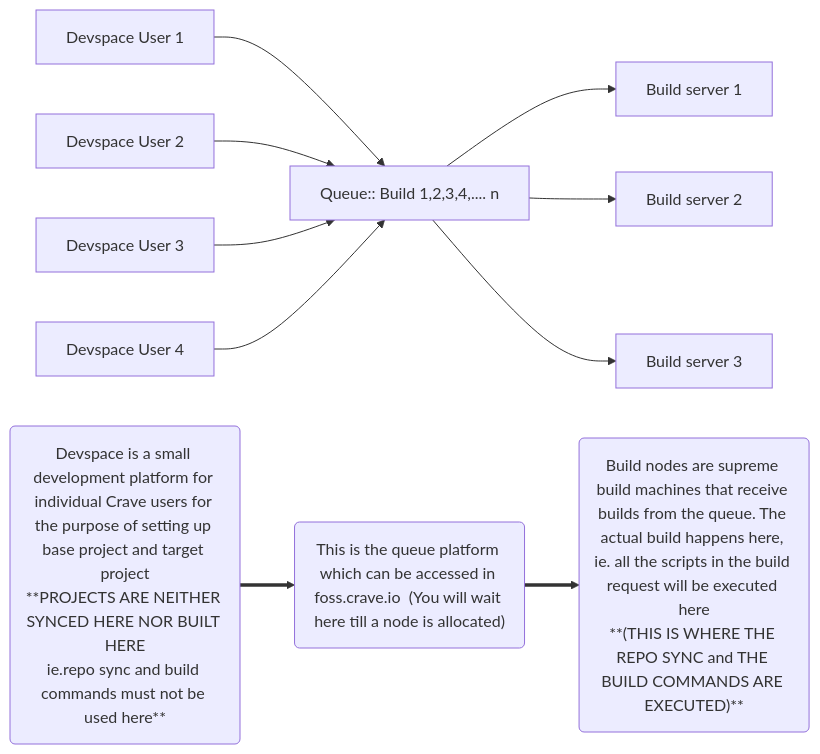
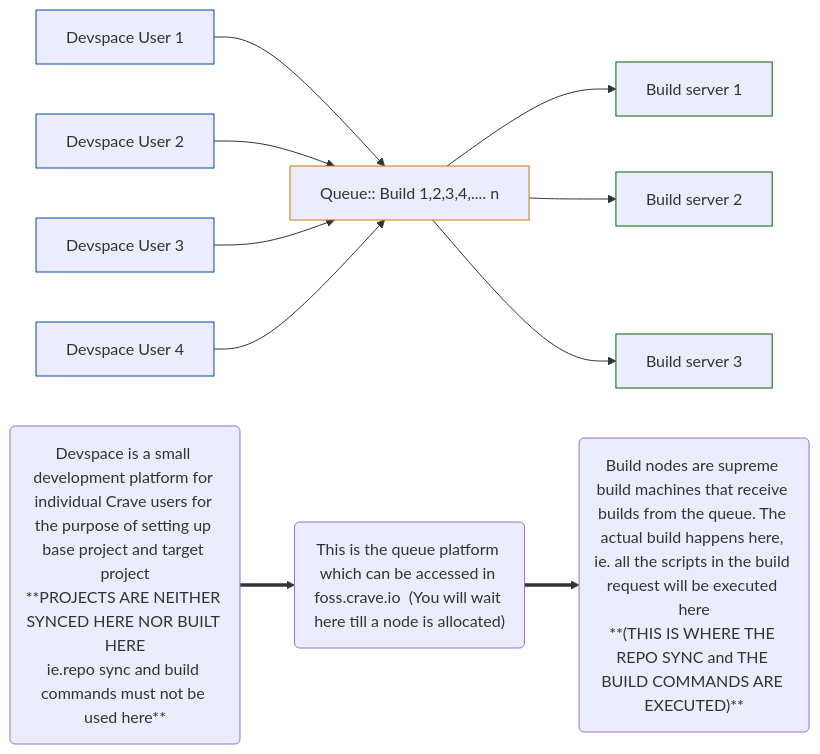
One commit to FOSSonTop/crave changed the diagram in getting-started/building-crave-run.md. Above: the diagram before and after it, drawn with Mermaid.

Commit message:
Crave Run: Improve colors for diagrams

````diff
--- a/getting-started/building-crave-run.md
+++ b/getting-started/building-crave-run.md
@@ -10,19 +10,31 @@
 ```mermaid
 graph LR
     A[Devspace User 1] --> M
     B[Devspace User 2] --> M
     C[Devspace User 3] --> M
     D[Devspace User 4] --> M
 
     M[Queue:: Build 1,2,3,4,.... n]
 
     M --> E[Build server 1]
     M --> F[Build server 2]
     M --> G[Build server 3]
 
+    style A stroke:#0047b3
+    style B stroke:#0047b3
+    style C stroke:#0047b3
+    style D stroke:#0047b3
+    
+    style M stroke:#cc7a00
+    
+    style E stroke:#006600
+    style F stroke:#006600
+    style G stroke:#006600
+
     P("Devspace is a small development platform for individual Crave users for the purpose of setting up base project and target project<br>**PROJECTS ARE NEITHER SYNCED HERE NOR BUILT HERE<br>ie.repo sync and build commands must not be used here**")
     Q("This is the queue platform which can be accessed in foss.crave.io  (You will wait here till a node is allocated)")
     R("Build nodes are supreme build machines that receive builds from the queue. The actual build happens here, ie. all the scripts in the build request will be executed here<br>**(THIS IS WHERE THE REPO SYNC and THE BUILD COMMANDS ARE EXECUTED)**")
 
     P ==> Q ==> R
+
 ```
````
